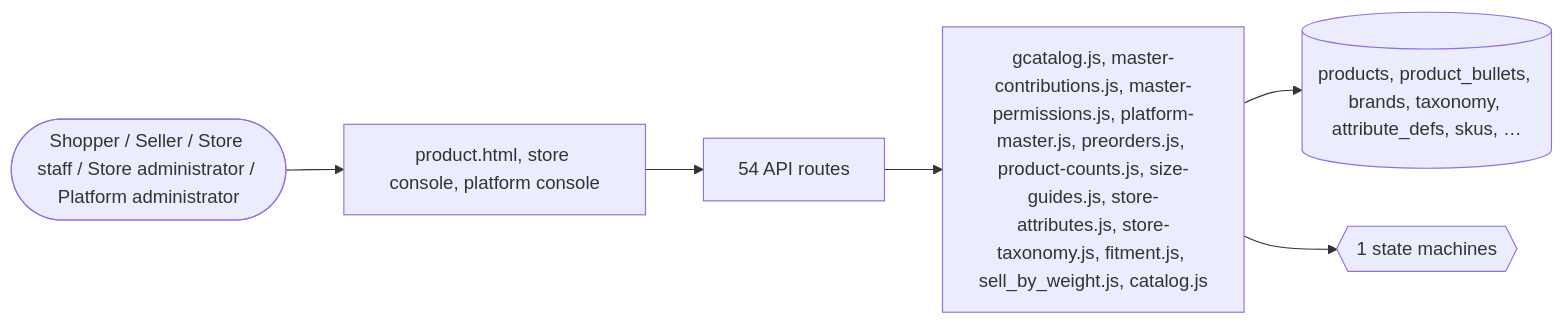
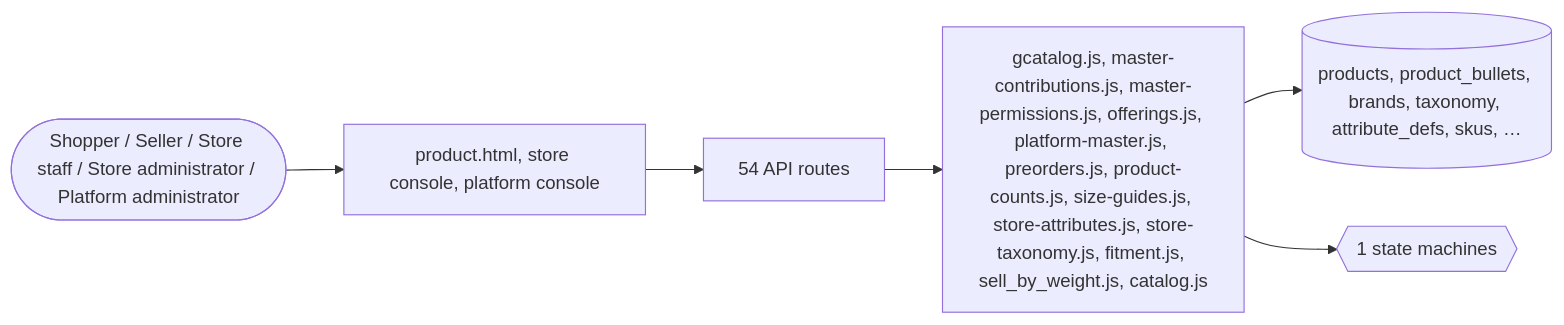
One commit to echelonxventures-Projects/universal-product changed the second of 2 diagrams in docs/domains/catalog.md. Above: the diagram before and after it, drawn with Mermaid. The commit also changed other lines of this file and 21 other files, not shown here.

First line of the commit message:
feat(offering): every product is an offering on the master, with its price history

````diff
--- a/docs/domains/catalog.md
+++ b/docs/domains/catalog.md
@@ -316,8 +317,8 @@
 ```mermaid
 flowchart LR
   U([Shopper / Seller / Store staff / Store administrator / Platform administrator]) --> UI[product.html, store console, platform console]
   UI --> API[54 API routes]
-  API --> ENG[gcatalog.js, master-contributions.js, master-permissions.js, platform-master.js, preorders.js, product-counts.js, size-guides.js, store-attributes.js, store-taxonomy.js, fitment.js, sell_by_weight.js, catalog.js]
+  API --> ENG[gcatalog.js, master-contributions.js, master-permissions.js, offerings.js, platform-master.js, preorders.js, product-counts.js, size-guides.js, store-attributes.js, store-taxonomy.js, fitment.js, sell_by_weight.js, catalog.js]
   ENG --> DB[(products, product_bullets, brands, taxonomy, attribute_defs, skus, …)]
   ENG --> SM{{1 state machines}}
 ```
````
